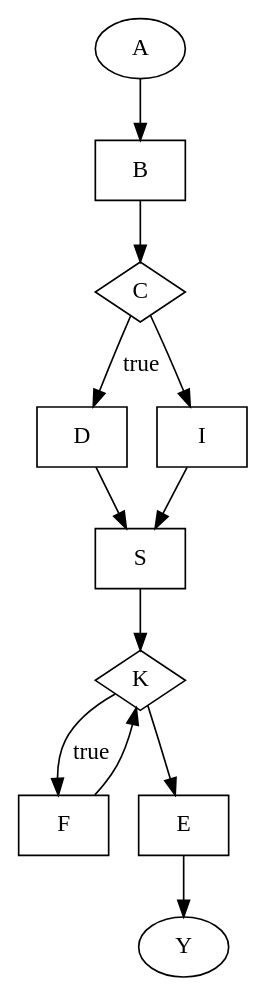
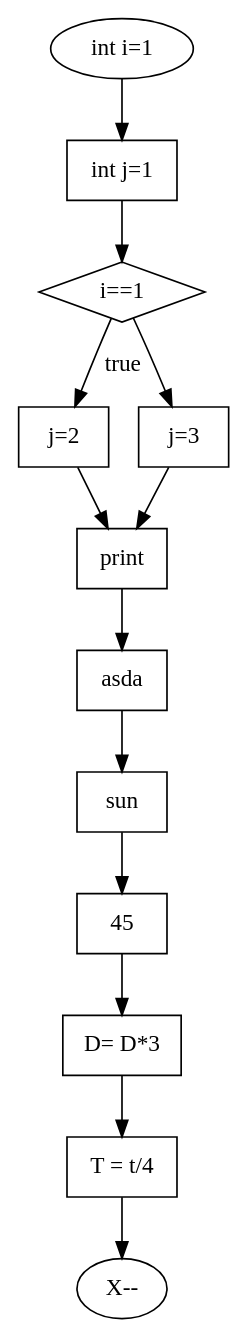
Before and after one commit to b3f815/flowChartMaker: the diagram in output/DotFile.dot, drawn with Graphviz. The commit also changed 19 other files, not shown here.

```diff
--- a/output/DotFile.dot
+++ b/output/DotFile.dot
@@ -1,23 +1,26 @@
 digraph{
-"A"[shape=oval]
-"B"[shape=box]
-"A" -> "B"
-"C"[shape=diamond]
-"B" -> "C"
-"D"[shape=box]
-"C" -> "D"[label = true]
-"I"[shape=box]
-"C" -> "I"
-"S"[shape=box]
-"I" -> "S"
-"D" -> "S"
-"K"[shape=diamond]
-"S" -> "K"
-"F"[shape=box]
-"K" -> "F"[label = true]
-"F" -> "K"
-"E"[shape=box]
-"K" -> "E"
-"Y"[shape=oval]
-"E" -> "Y"
+"int i=1"[shape=oval]
+"int j=1"[shape=box]
+"int i=1" -> "int j=1"
+"i==1"[shape=diamond]
+"int j=1" -> "i==1"
+"j=2"[shape=box]
+"i==1" -> "j=2"[label = true]
+"j=3"[shape=box]
+"i==1" -> "j=3"
+"print"[shape=box]
+"j=3" -> "print"
+"j=2" -> "print"
+"asda"[shape=box]
+"print" -> "asda"
+"sun"[shape=box]
+"asda" -> "sun"
+"45"[shape=box]
+"sun" -> "45"
+"D= D*3"[shape=box]
+"45" -> "D= D*3"
+"T = t/4"[shape=box]
+"D= D*3" -> "T = t/4"
+"X--"[shape=oval]
+"T = t/4" -> "X--"
 }
```
